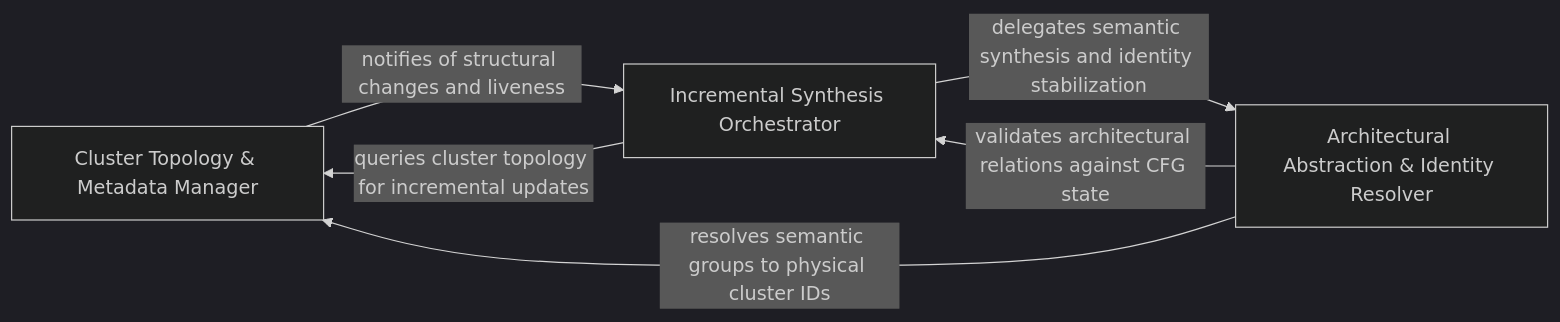
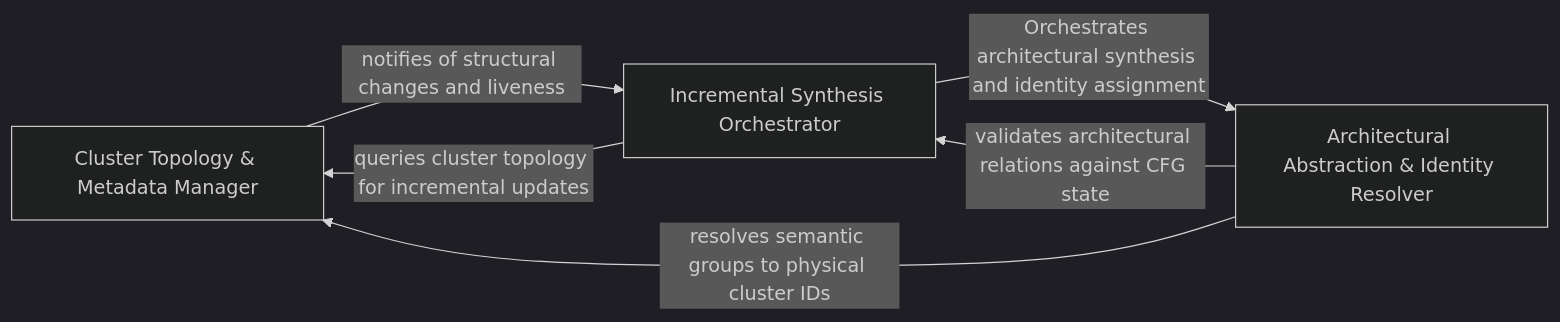
The diagram in .codeboarding/Architectural_Synthesis_Cluster_Orchestrator.md (CodeBoarding/CodeBoarding), drawn with Mermaid (dark theme) before and after one commit. The commit also changed other lines of this file and 27 other files, not shown here.

Commit message:
chore(codeboarding): sync architecture baseline

````diff
--- a/.codeboarding/Architectural_Synthesis_Cluster_Orchestrator.md
+++ b/.codeboarding/Architectural_Synthesis_Cluster_Orchestrator.md
@@ -1,13 +1,13 @@
 ```mermaid
 graph LR
     Cluster_Topology_Metadata_Manager["Cluster Topology & Metadata Manager"]
     Architectural_Abstraction_Identity_Resolver["Architectural Abstraction & Identity Resolver"]
     Incremental_Synthesis_Orchestrator["Incremental Synthesis Orchestrator"]
     Cluster_Topology_Metadata_Manager -- "notifies of structural changes and liveness" --> Incremental_Synthesis_Orchestrator
     Architectural_Abstraction_Identity_Resolver -- "resolves semantic groups to physical cluster IDs" --> Cluster_Topology_Metadata_Manager
     Architectural_Abstraction_Identity_Resolver -- "validates architectural relations against CFG state" --> Incremental_Synthesis_Orchestrator
     Incremental_Synthesis_Orchestrator -- "queries cluster topology for incremental updates" --> Cluster_Topology_Metadata_Manager
-    Incremental_Synthesis_Orchestrator -- "delegates semantic synthesis and identity stabilization" --> Architectural_Abstraction_Identity_Resolver
+    Incremental_Synthesis_Orchestrator -- "Orchestrates architectural synthesis and identity assignment" --> Architectural_Abstraction_Identity_Resolver
     click Cluster_Topology_Metadata_Manager href "https://github.com/CodeBoarding/CodeBoarding/blob/main/.codeboarding/Cluster_Topology_Metadata_Manager.md" "Details"
     click Architectural_Abstraction_Identity_Resolver href "https://github.com/CodeBoarding/CodeBoarding/blob/main/.codeboarding/Architectural_Abstraction_Identity_Resolver.md" "Details"
 ```
````
